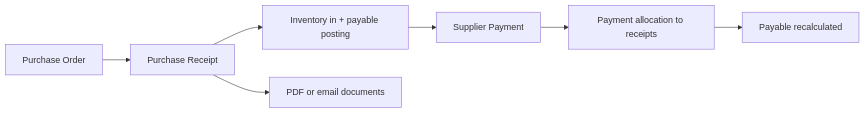
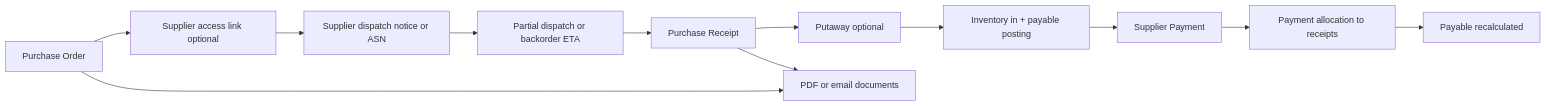
One commit to sameermth/RetailManagementBackend changed the fourth of 5 diagrams in readme.md. Above: the diagram before and after it, drawn with Mermaid. The commit also changed other lines of this file and 198 other files, not shown here.

````diff
--- a/readme.md
+++ b/readme.md
@@ -58,9 +66,14 @@
 ```mermaid
 flowchart LR
-  A[Purchase Order] --> B[Purchase Receipt]
-  B --> C[Inventory in + payable posting]
-  C --> D[Supplier Payment]
-  D --> E[Payment allocation to receipts]
-  E --> F[Payable recalculated]
-  B --> G[PDF or email documents]
+  A[Purchase Order] --> B[Supplier access link optional]
+  B --> C[Supplier dispatch notice or ASN]
+  C --> D[Partial dispatch or backorder ETA]
+  D --> E[Purchase Receipt]
+  E --> F[Putaway optional]
+  F --> G[Inventory in + payable posting]
+  G --> H[Supplier Payment]
+  H --> I[Payment allocation to receipts]
+  I --> J[Payable recalculated]
+  A --> K[PDF or email documents]
+  E --> K
 ```
````
